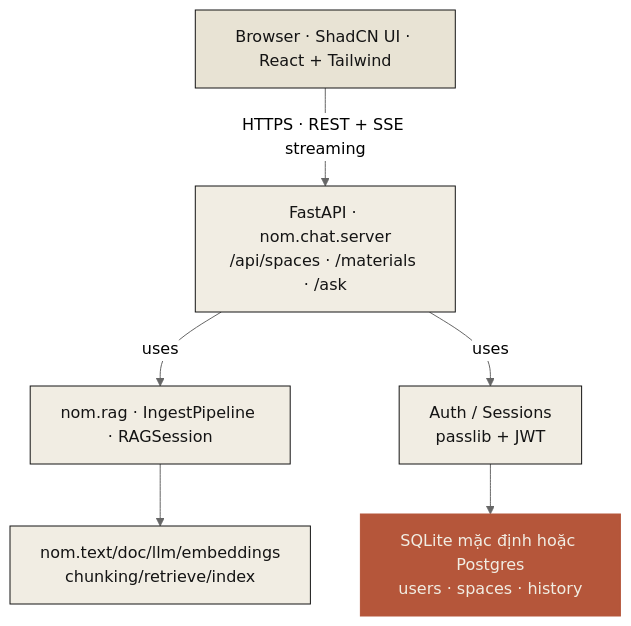
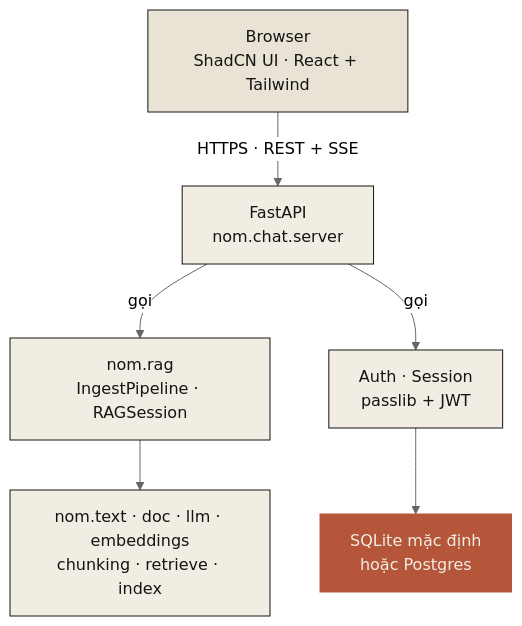
Before and after one commit to nrl-ai/nom-vn: the third of 3 diagrams in docs/architecture.md, drawn with Mermaid (neutral theme). The commit also changed other lines of this file and 5 other files, not shown here.

````diff
--- a/docs/architecture.md
+++ b/docs/architecture.md
@@ -368,16 +371,16 @@
 ```mermaid
 flowchart TB
-    BR[Browser · ShadCN UI · React + Tailwind] -->|HTTPS · REST + SSE streaming| API
-    API[FastAPI · nom.chat.server<br/>/api/spaces · /materials · /ask]
-    API -->|uses| RAG2[nom.rag · IngestPipeline · RAGSession]
-    API -->|uses| AUTH[Auth / Sessions<br/>passlib + JWT]
-    RAG2 --> CORE[nom.text/doc/llm/embeddings<br/>chunking/retrieve/index]
-    AUTH --> DB[SQLite mặc định hoặc Postgres<br/>users · spaces · history]
+    BR[Browser<br/>ShadCN UI · React + Tailwind] -->|HTTPS · REST + SSE| API
+    API[FastAPI<br/>nom.chat.server]
+    API -->|gọi| RAG2[nom.rag<br/>IngestPipeline · RAGSession]
+    API -->|gọi| AUTH[Auth · Session<br/>passlib + JWT]
+    RAG2 --> CORE[nom.text · doc · llm · embeddings<br/>chunking · retrieve · index]
+    AUTH --> DB[SQLite mặc định<br/>hoặc Postgres]
 
     classDef ext fill:#e8e3d4,stroke:#141414,stroke-width:1px,color:#141414
     classDef int fill:#f1ede3,stroke:#141414,stroke-width:1px,color:#141414
     classDef store fill:#b5563a,stroke:#b5563a,color:#f1ede3
     class BR ext
     class API,RAG2,AUTH,CORE int
     class DB store
 ```
````
